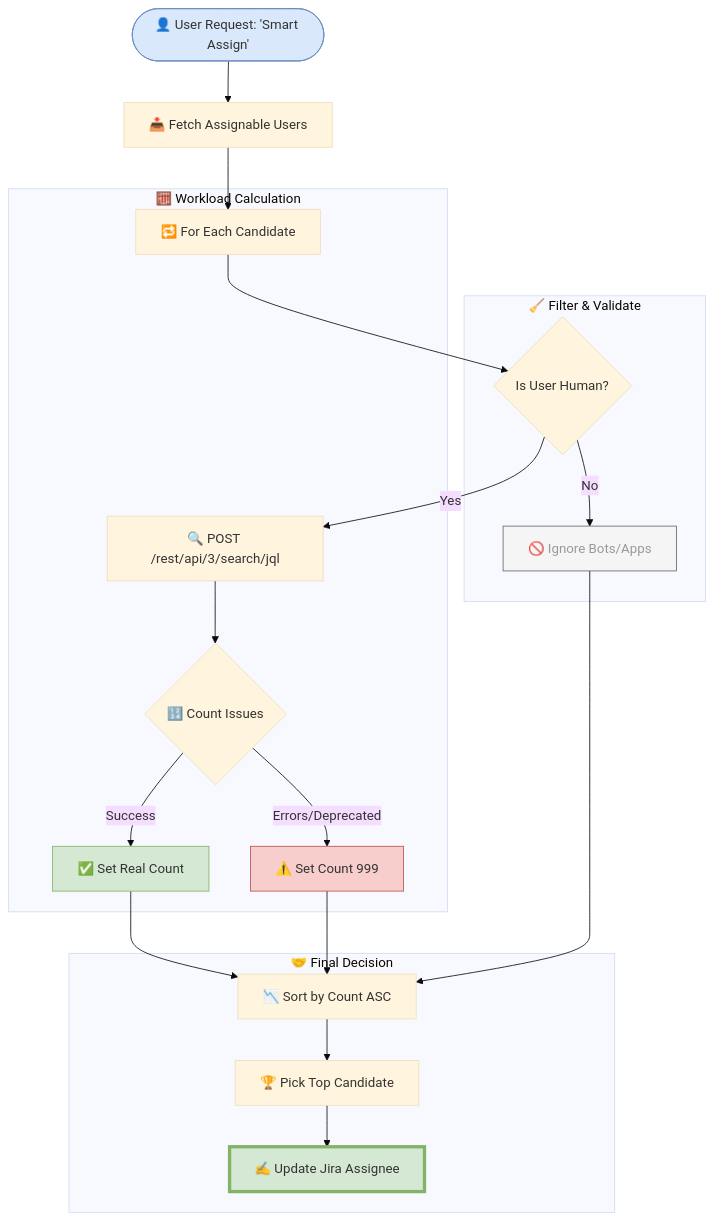
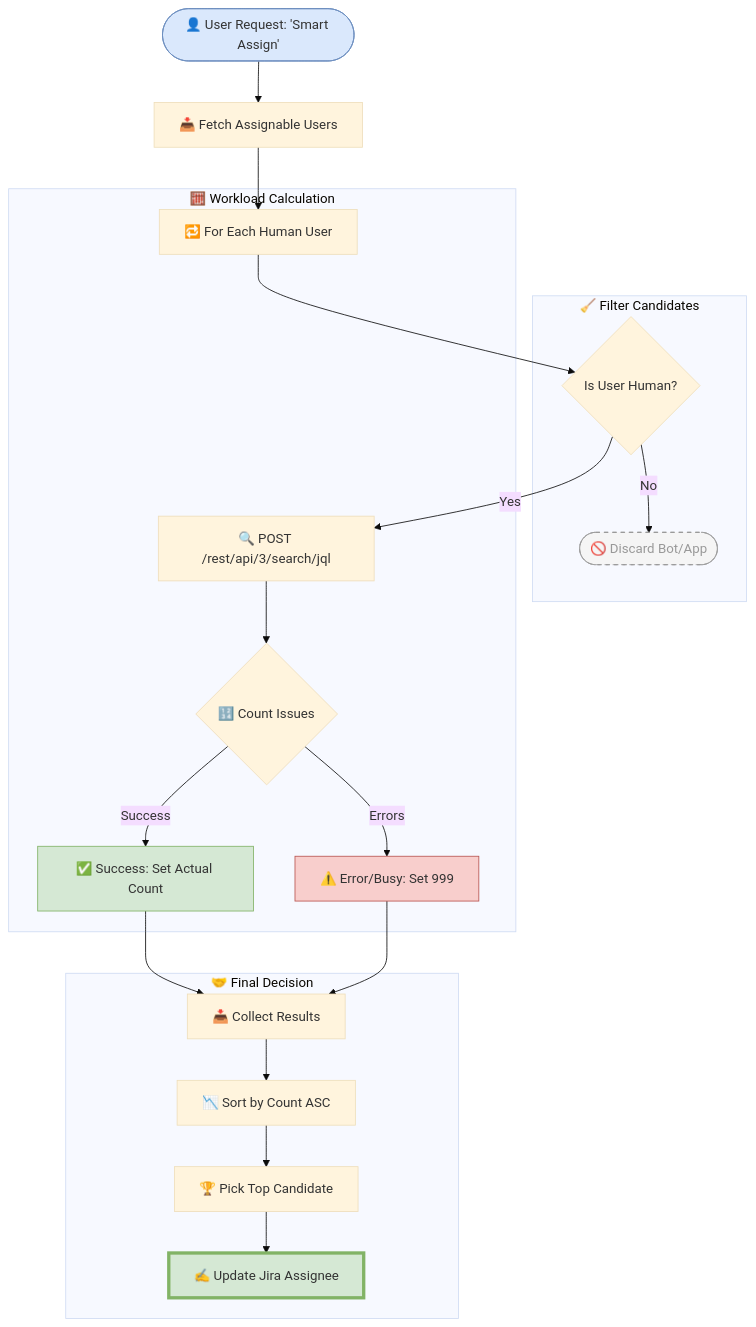
Before and after one commit to samalpartha/incident-war-room: the third of 3 diagrams in README.md, drawn with Mermaid (base theme). The commit also changed other lines of this file, not shown here.

Commit message:
docs: Polish logic and styling of architecture flowcharts

````diff
--- a/README.md
+++ b/README.md
@@ -118,43 +119,45 @@
 ```mermaid
 flowchart TD
     Start([👤 User Request: 'Smart Assign']):::start
     Fetch[📥 Fetch Assignable Users]
     
-    subgraph Filtering ["🧹 Filter & Validate"]
+    subgraph Filtering ["🧹 Filter Candidates"]
         IsHuman{Is User Human?}
-        Ignored[🚫 Ignore Bots/Apps]:::gray
+        Ignored([🚫 Discard Bot/App]):::gray
     end
     
     subgraph Workload ["🧮 Workload Calculation"]
-        Loop[🔁 For Each Candidate]
+        Loop[🔁 For Each Human User]
         Query[🔍 POST /rest/api/3/search/jql]
         Count{🔢 Count Issues}
-        Busy[⚠️ Set Count 999]:::busy
-        Real[✅ Set Real Count]:::good
+        Busy[⚠️ Error/Busy: Set 999]:::busy
+        Real[✅ Success: Set Actual Count]:::good
     end
     
     subgraph Decision ["🤝 Final Decision"]
+        Collect[📥 Collect Results]
         Sort[📉 Sort by Count ASC]
         Pick[🏆 Pick Top Candidate]
         Action[✍️ Update Jira Assignee]:::done
     end
 
     Start --> Fetch --> Loop
     Loop --> IsHuman
     IsHuman -->|No| Ignored
     IsHuman -->|Yes| Query
     
     Query --> Count
-    Count -->|Errors/Deprecated| Busy
+    Count -->|Errors| Busy
     Count -->|Success| Real
     
-    Real & Busy & Ignored --> Sort
+    Real & Busy --> Collect
+    Collect --> Sort
     Sort --> Pick --> Action
     
     %% Styling
     classDef start fill:#dae8fc,stroke:#6c8ebf
-    classDef gray fill:#f5f5f5,stroke:#666,color:#999
+    classDef gray fill:#f5f5f5,stroke:#999,stroke-dasharray: 5 5,color:#999
     classDef busy fill:#f8cecc,stroke:#b85450
     classDef good fill:#d5e8d4,stroke:#82b366
     classDef done fill:#d5e8d4,stroke:#82b366,stroke-width:4px
 ```
````
